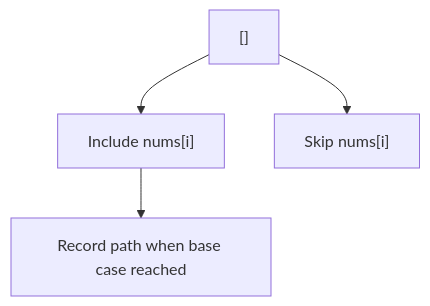
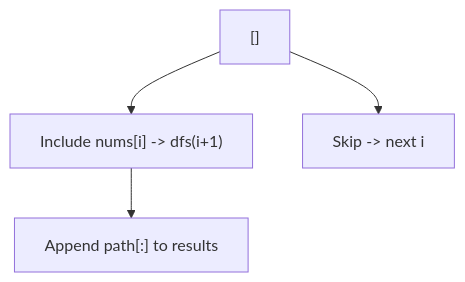
Before and after one commit to SanjayR857/All-in-One-Notes: the diagram in grokking-coding-interview/10-subsets-and-backtracking.md, drawn with Mermaid. The commit also changed other lines of this file and 22 other files, not shown here.

````diff
--- a/grokking-coding-interview/10-subsets-and-backtracking.md
+++ b/grokking-coding-interview/10-subsets-and-backtracking.md
@@ -20,6 +20,6 @@
 ```mermaid
 flowchart TD
-    Root["[]"] --> Inc["Include nums[i]"]
-    Root --> Exc["Skip nums[i]"]
-    Inc --> Res["Record path when base case reached"]
+    Root["[]"] --> Inc["Include nums[i] -> dfs(i+1)"]
+    Root --> Exc["Skip -> next i"]
+    Inc --> Copy["Append path[:] to results"]
 ```
````
